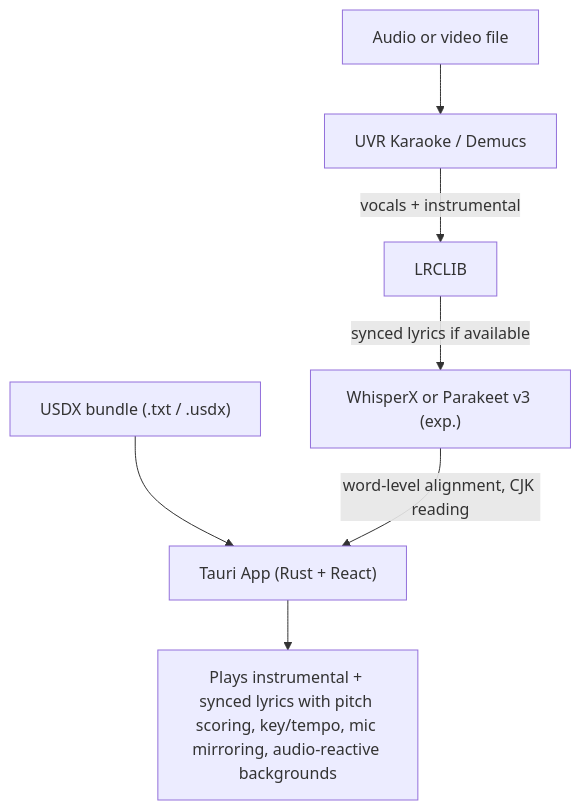
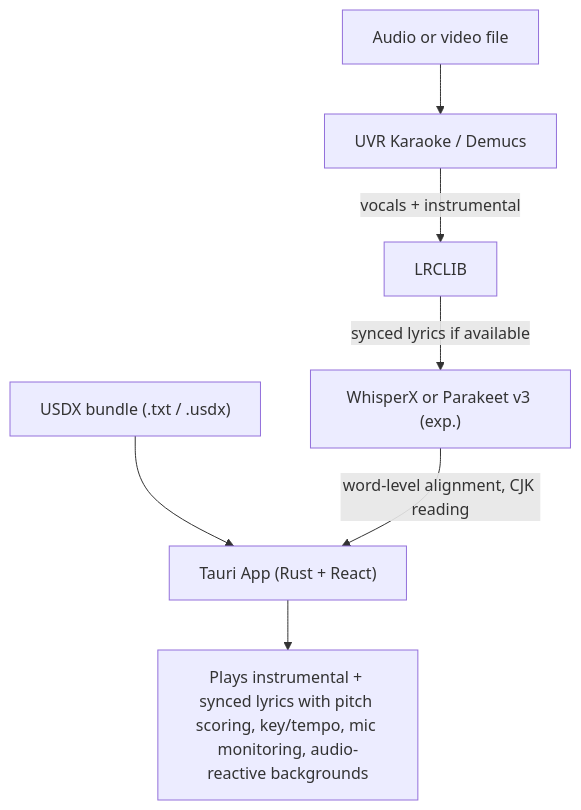
Before and after one commit to EllenOrange/nightingale: the diagram in README.md, drawn with Mermaid. The commit also changed other lines of this file and 36 other files, not shown here.

Commit message:
fix: propagate pixabay key and rename mic mirror to monitor

````diff
--- a/README.md
+++ b/README.md
@@ -103,9 +103,9 @@
 ```mermaid
 flowchart TD
     A["Audio or video file"] --> B["UVR Karaoke / Demucs"]
     A2["USDX bundle (.txt / .usdx)"] --> E["Tauri App (Rust + React)"]
     B -->|"vocals + instrumental"| C["LRCLIB"]
     C -->|"synced lyrics if available"| D["WhisperX or Parakeet v3 (exp.)"]
     D -->|"word-level alignment, CJK reading"| E
-    E --> F["Plays instrumental + synced lyrics with pitch scoring, key/tempo, mic mirroring, audio-reactive backgrounds"]
+    E --> F["Plays instrumental + synced lyrics with pitch scoring, key/tempo, mic monitoring, audio-reactive backgrounds"]
 ```
````
